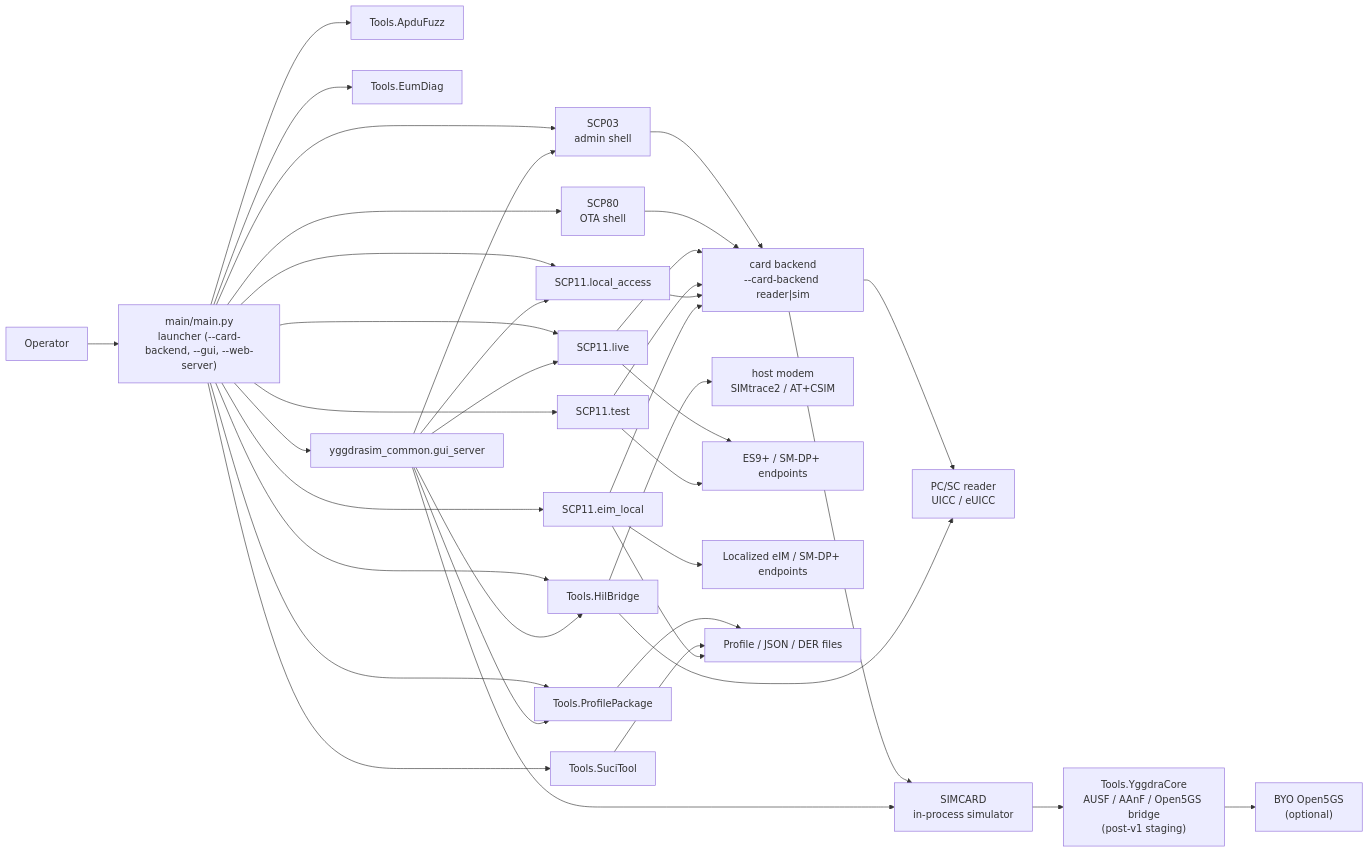
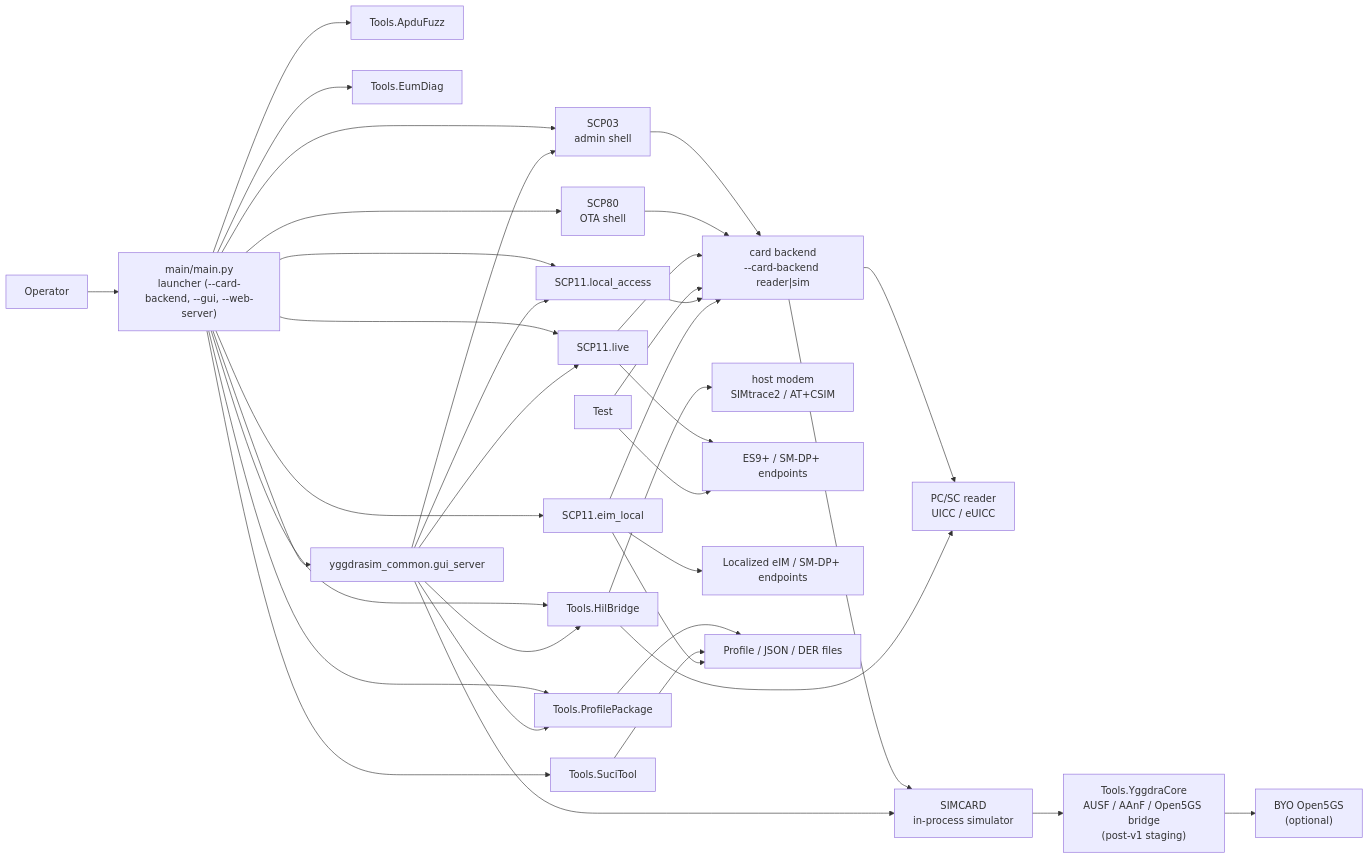
One commit to 1oT/YggdraSIM changed the first of 12 diagrams in guides/ARCHITECTURE.md. Above: the diagram before and after it, drawn with Mermaid. The commit also changed other lines of this file and 341 other files, not shown here.

````diff
--- a/guides/ARCHITECTURE.md
+++ b/guides/ARCHITECTURE.md
@@ -31,48 +31,47 @@
 ```mermaid
 flowchart LR
     Operator["Operator"] --> Launcher["main/main.py<br/>launcher (--card-backend, --gui, --web-server)"]
 
     Launcher --> SCP03["SCP03<br/>admin shell"]
     Launcher --> SCP80["SCP80<br/>OTA shell"]
     Launcher --> Live["SCP11.live"]
-    Launcher --> Test["SCP11.test"]
     Launcher --> Local["SCP11.local_access"]
     Launcher --> EimLocal["SCP11.eim_local"]
     Launcher --> ProfileTool["Tools.ProfilePackage"]
     Launcher --> Suci["Tools.SuciTool"]
     Launcher --> Hil["Tools.HilBridge"]
     Launcher --> Fuzz["Tools.ApduFuzz"]
     Launcher --> Eum["Tools.EumDiag"]
     Launcher --> Gui["yggdrasim_common.gui_server"]
 
     SCP03 --> Backend["card backend<br/>--card-backend reader|sim"]
     SCP80 --> Backend
     Live --> Backend
     Test --> Backend
     Local --> Backend
     EimLocal --> Backend
 
     Backend --> Card["PC/SC reader<br/>UICC / eUICC"]
     Backend --> Sim["SIMCARD<br/>in-process simulator"]
 
     Hil --> Card
     Hil --> Modem["host modem<br/>SIMtrace2 / AT+CSIM"]
 
     Live --> Network["ES9+ / SM-DP+ endpoints"]
     Test --> Network
     EimLocal --> LocalServices["Localized eIM / SM-DP+ endpoints"]
 
     Sim --> YggdraCore["Tools.YggdraCore<br/>AUSF / AAnF / Open5GS bridge<br/>(post-v1 staging)"]
     YggdraCore --> Open5gs["BYO Open5GS<br/>(optional)"]
 
     ProfileTool --> Files["Profile / JSON / DER files"]
     Suci --> Files
     EimLocal --> Files
 
     Gui --> SCP03
     Gui --> Live
     Gui --> Local
     Gui --> ProfileTool
     Gui --> Sim
     Gui --> Hil
 ```
````
